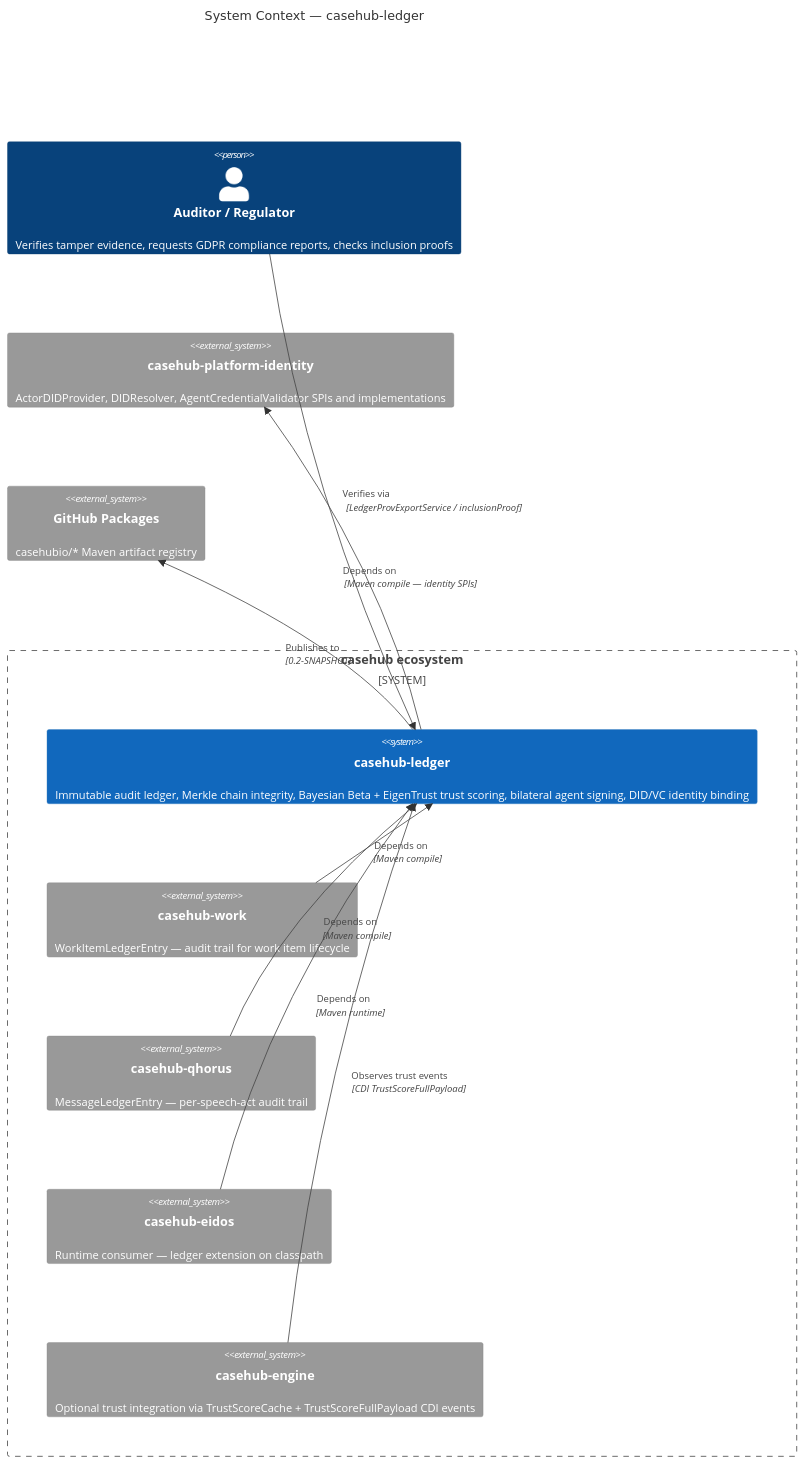
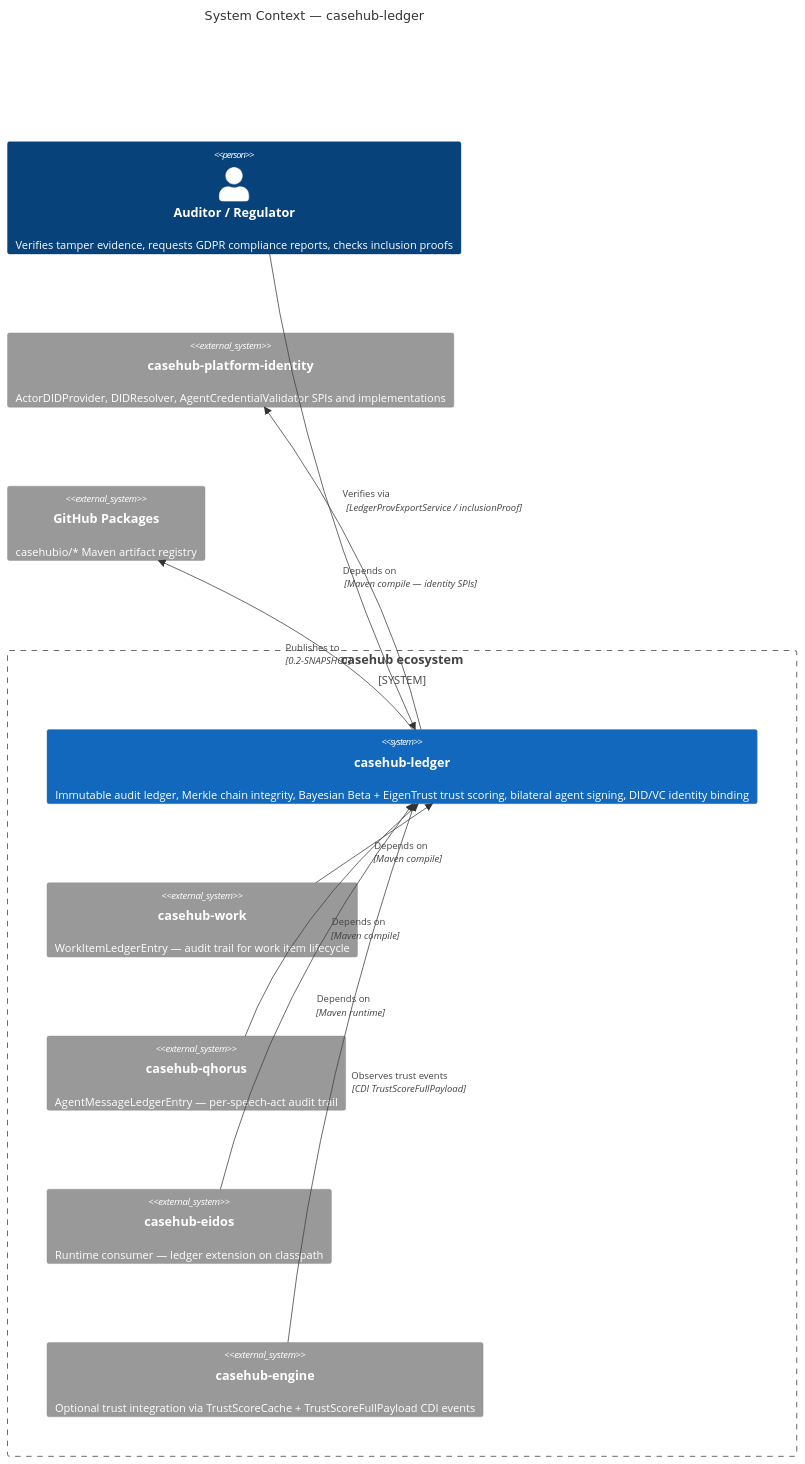
One commit to mdproctor/wsp-casehub-ledger changed the first of 2 diagrams in ARC42STORIES.MD. Above: the diagram before and after it, drawn with Mermaid. The commit also changed other lines of this file, not shown here.

````diff
--- a/ARC42STORIES.MD
+++ b/ARC42STORIES.MD
@@ -65,25 +68,25 @@
 ```mermaid
 C4Context
   title System Context — casehub-ledger
 
   Person(auditor, "Auditor / Regulator", "Verifies tamper evidence, requests GDPR compliance reports, checks inclusion proofs")
 
   System_Boundary(casehub, "casehub ecosystem") {
     System(ledger, "casehub-ledger", "Immutable audit ledger, Merkle chain integrity, Bayesian Beta + EigenTrust trust scoring, bilateral agent signing, DID/VC identity binding")
     System_Ext(work, "casehub-work", "WorkItemLedgerEntry — audit trail for work item lifecycle")
-    System_Ext(qhorus, "casehub-qhorus", "MessageLedgerEntry — per-speech-act audit trail")
+    System_Ext(qhorus, "casehub-qhorus", "AgentMessageLedgerEntry — per-speech-act audit trail")
     System_Ext(eidos, "casehub-eidos", "Runtime consumer — ledger extension on classpath")
     System_Ext(engine, "casehub-engine", "Optional trust integration via TrustScoreCache + TrustScoreFullPayload CDI events")
   }
 
   System_Ext(platform_identity, "casehub-platform-identity", "ActorDIDProvider, DIDResolver, AgentCredentialValidator SPIs and implementations")
   System_Ext(github_packages, "GitHub Packages", "casehubio/* Maven artifact registry")
 
   Rel(work, ledger, "Depends on", "Maven compile")
   Rel(qhorus, ledger, "Depends on", "Maven compile")
   Rel(eidos, ledger, "Depends on", "Maven runtime")
   Rel(engine, ledger, "Observes trust events", "CDI TrustScoreFullPayload")
   Rel(ledger, platform_identity, "Depends on", "Maven compile — identity SPIs")
   Rel(ledger, github_packages, "Publishes to", "0.2-SNAPSHOT")
   Rel(auditor, ledger, "Verifies via", "LedgerProvExportService / inclusionProof")
 ```
````
